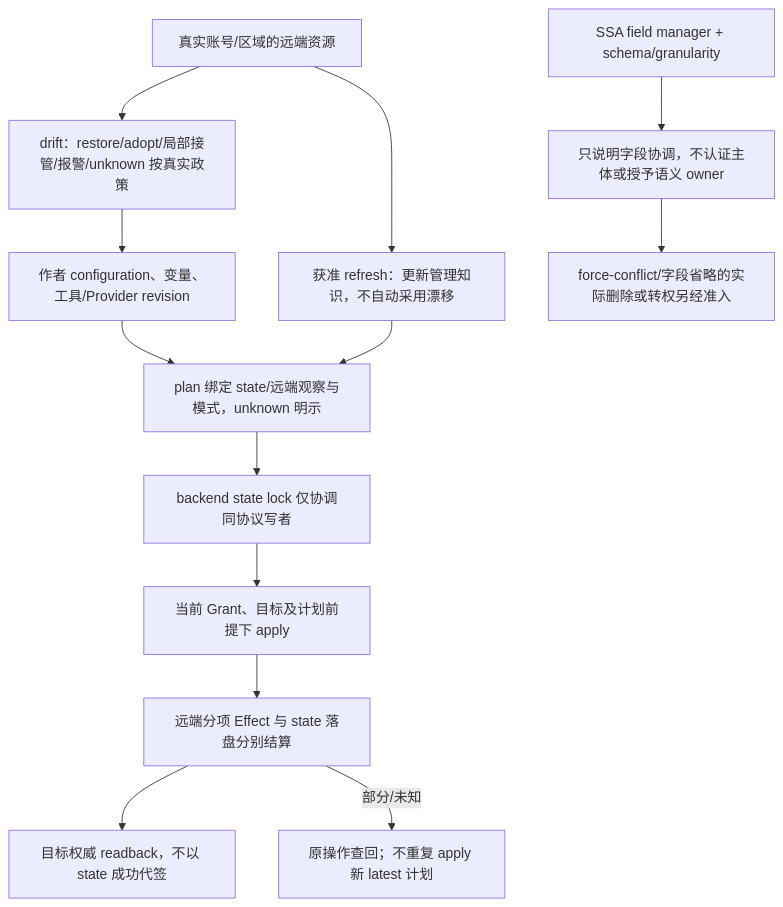
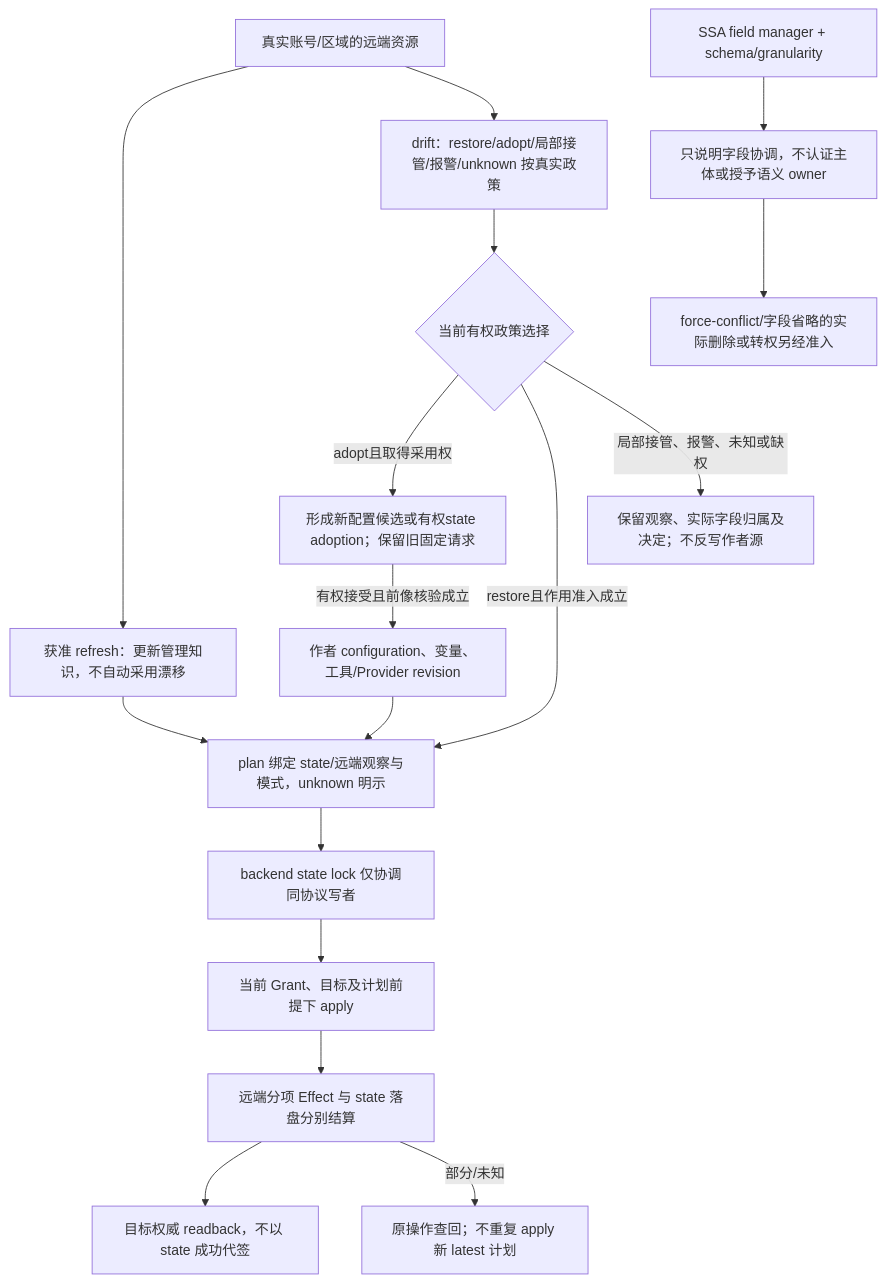
Before and after one commit to sec-platform/sec: the sixth of 32 diagrams in docs/运行/宿主生态与技术约束.md, drawn with Mermaid. The commit also changed other lines of this file and 122 other files, not shown here.

First line of the commit message:
docs: unify system diagrams and remove redundant design text (#882)

````diff
--- a/docs/运行/宿主生态与技术约束.md
+++ b/docs/运行/宿主生态与技术约束.md
@@ -559,15 +545,19 @@
 ```mermaid
 flowchart TB
   config["作者 configuration、变量、工具/Provider revision"] --> plan["plan 绑定 state/远端观察与模式，unknown 明示"]
   remote["真实账号/区域的远端资源"] --> refresh["获准 refresh：更新管理知识，不自动采用漂移"]
   refresh --> plan
   plan --> lock["backend state lock 仅协调同协议写者"]
   lock --> apply["当前 Grant、目标及计划前提下 apply"]
   apply --> effects["远端分项 Effect 与 state 落盘分别结算"]
   effects --> readback["目标权威 readback，不以 state 成功代签"]
   remote --> drift["drift：restore/adopt/局部接管/报警/unknown 按真实政策"]
-  drift --> config
+  drift --> policy{"当前有权政策选择"}
+  policy -->|adopt且取得采用权| adoption["形成新配置候选或有权state adoption；保留旧固定请求"]
+  adoption -->|有权接受且前像核验成立| config
+  policy -->|restore且作用准入成立| plan
+  policy -->|局部接管、报警、未知或缺权| pending["保留观察、实际字段归属及决定；不反写作者源"]
   manager["SSA field manager + schema/granularity"] --> ownership["只说明字段协调，不认证主体或授予语义 owner"]
   ownership --> transfer["force-conflict/字段省略的实际删除或转权另经准入"]
   effects -->|部分/未知| recovery["原操作查回；不重复 apply 新 latest 计划"]
 ```
````
